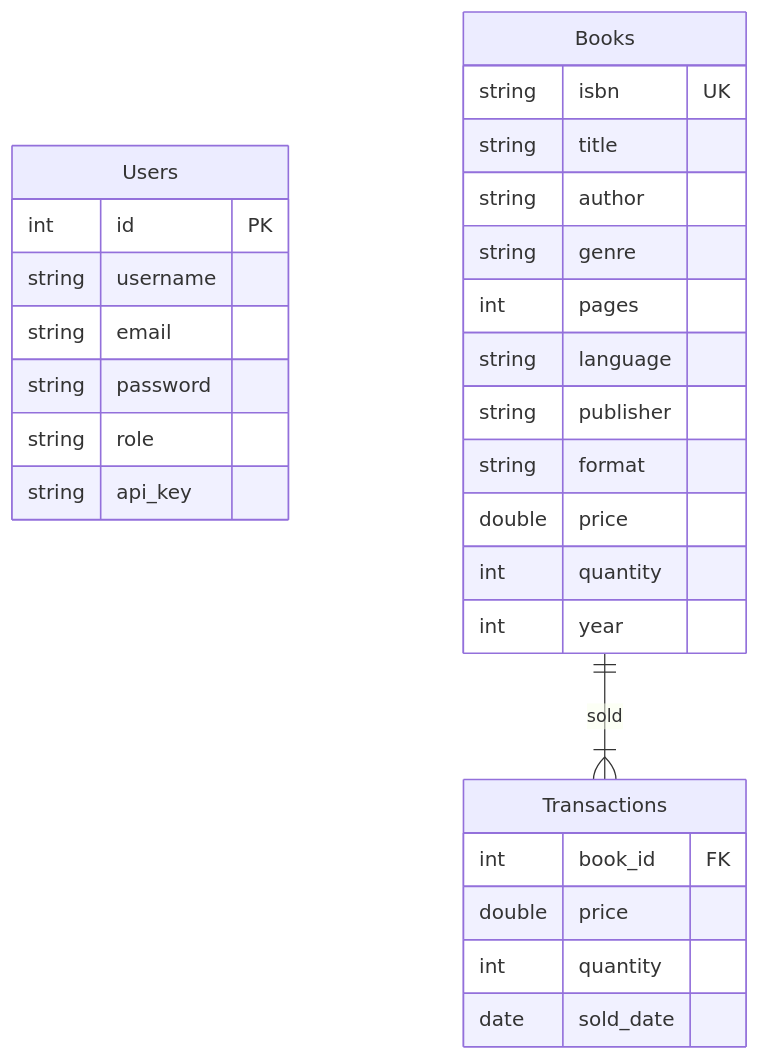
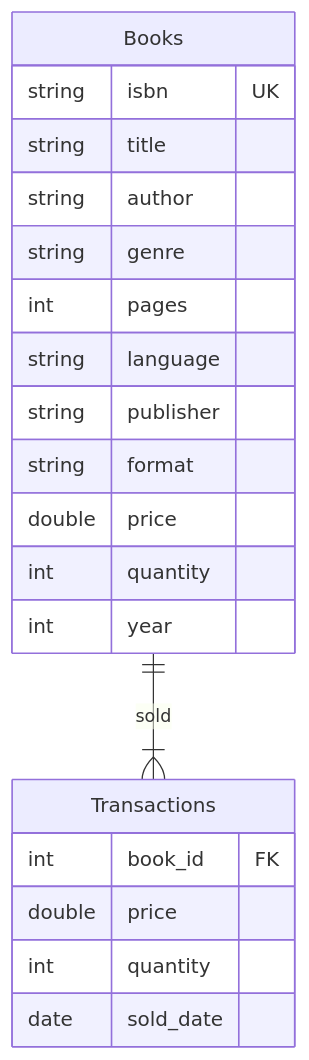
The diagram in public/database design.md (Aso-Ali-Awrahman/PHP-Book-Store-API), drawn with Mermaid before and after one commit. The commit also changed 2 other files, not shown here.

Commit message:
Simplified Database. Added two endpoints

````diff
--- a/public/database design.md
+++ b/public/database design.md
@@ -1,35 +1,26 @@
 ```mermaid
 erDiagram
-	
-	Users {
-		int id PK
-		string username
-		string email
-		string password
-		string role
-		string api_key
-	}
-	
+    
 	Books { 
 	string isbn UK
 	string title 
 	string author  
 	string genre 
 	int pages 
 	string language 
 	string publisher 
 	string format
 	double price
 	int quantity
 	int year
 }
 
 Transactions {
 	int book_id FK
 	double price
 	int quantity
 	date sold_date
 }
  
 Books ||--|{ Transactions: sold
 ```
````
